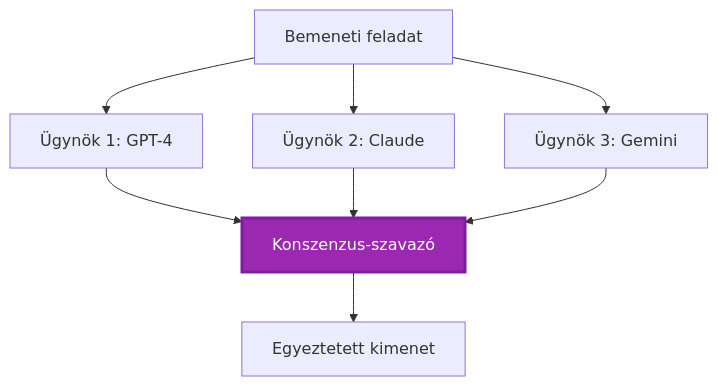
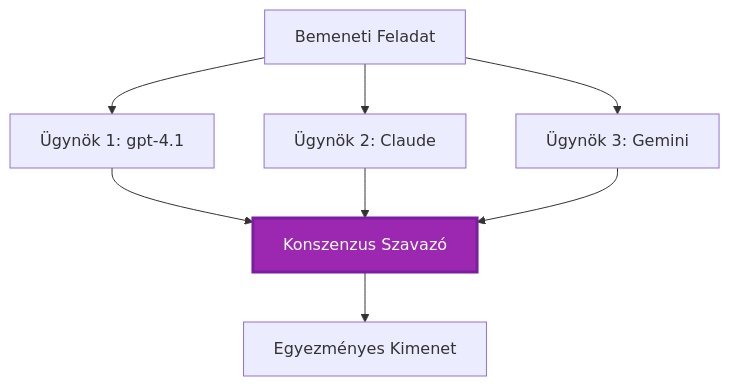
Before and after one commit to microsoft/AZD-for-beginners: the fifth of 6 diagrams in translations/hu/docs/chapter-06-pre-deployment/coordination-patterns.md, drawn with Mermaid. The commit also changed other lines of this file and 101 other files, not shown here.

````diff
--- a/translations/hu/docs/chapter-06-pre-deployment/coordination-patterns.md
+++ b/translations/hu/docs/chapter-06-pre-deployment/coordination-patterns.md
@@ -231,19 +225,19 @@
 ```mermaid
 graph TB
-    Input[Bemeneti feladat]
-    Agent1[Ügynök 1: GPT-4]
+    Input[Bemeneti Feladat]
+    Agent1[Ügynök 1: gpt-4.1]
     Agent2[Ügynök 2: Claude]
     Agent3[Ügynök 3: Gemini]
-    Voter[Konszenzus-szavazó]
-    Output[Egyeztetett kimenet]
+    Voter[Konszenzus Szavazó]
+    Output[Egyezményes Kimenet]
     
     Input --> Agent1
     Input --> Agent2
     Input --> Agent3
     Agent1 --> Voter
     Agent2 --> Voter
     Agent3 --> Voter
     Voter --> Output
     
     style Voter fill:#9C27B0,stroke:#7B1FA2,stroke-width:3px,color:#fff
-```
+```  
````
